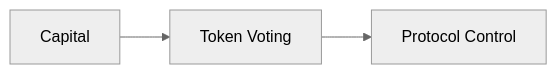
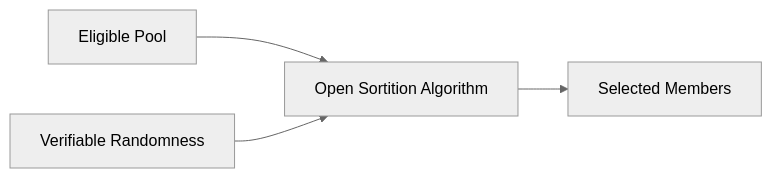
Before and after one commit to ShigeichiroYamasaki/creator-first-platform: diagram 19 of 46 in docs/whitepaper/13-roadmap.md, drawn with Mermaid (neutral theme). The commit also changed other lines of this file, not shown here.

````diff
--- a/docs/whitepaper/13-roadmap.md
+++ b/docs/whitepaper/13-roadmap.md
@@ -682,8 +643,11 @@
 ```mermaid
 flowchart LR
-    CAPITAL[Capital]
-    TOKEN[Token Voting]
-    CONTROL[Protocol Control]
+    POOL[Eligible Pool]
+    RAND[Verifiable Randomness]
+    ALG[Open Sortition Algorithm]
+    MEMBERS[Selected Members]
 
-    CAPITAL --> TOKEN --> CONTROL
+    POOL --> ALG
+    RAND --> ALG
+    ALG --> MEMBERS
 ```
````
